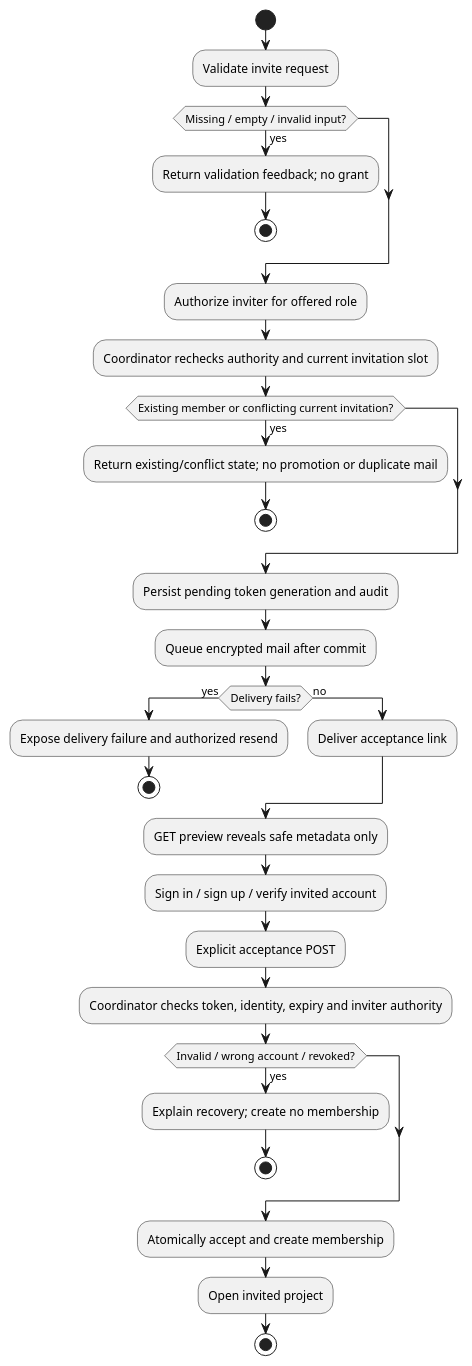
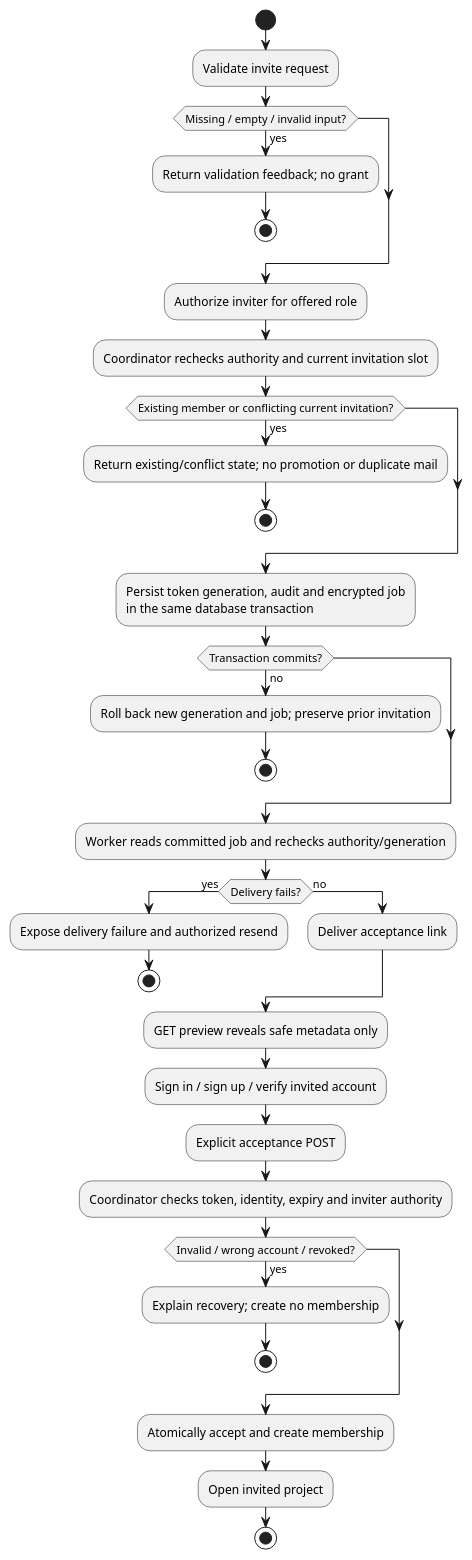
One commit to batjaa/kedge changed the third of 3 diagrams in docs/plans/project-access-eng-review.md. Above: the diagram before and after it, drawn with PlantUML. The commit also changed other lines of this file and 5 other files, not shown here.

Commit message:
docs(spec): make invitation queue handoff atomic

````diff
--- a/docs/plans/project-access-eng-review.md
+++ b/docs/plans/project-access-eng-review.md
@@ -471,35 +505,39 @@
 ```plantuml
 @startuml
 start
 :Validate invite request;
 if (Missing / empty / invalid input?) then (yes)
   :Return validation feedback; no grant;
   stop
 endif
 :Authorize inviter for offered role;
 :Coordinator rechecks authority and current invitation slot;
 if (Existing member or conflicting current invitation?) then (yes)
   :Return existing/conflict state; no promotion or duplicate mail;
   stop
 endif
-:Persist pending token generation and audit;
-:Queue encrypted mail after commit;
+:Persist token generation, audit and encrypted job\nin the same database transaction;
+if (Transaction commits?) then (no)
+  :Roll back new generation and job; preserve prior invitation;
+  stop
+endif
+:Worker reads committed job and rechecks authority/generation;
 if (Delivery fails?) then (yes)
   :Expose delivery failure and authorized resend;
   stop
 else (no)
   :Deliver acceptance link;
 endif
 :GET preview reveals safe metadata only;
 :Sign in / sign up / verify invited account;
 :Explicit acceptance POST;
 :Coordinator checks token, identity, expiry and inviter authority;
 if (Invalid / wrong account / revoked?) then (yes)
   :Explain recovery; create no membership;
   stop
 endif
 :Atomically accept and create membership;
 :Open invited project;
 stop
 @enduml
 ```
````
